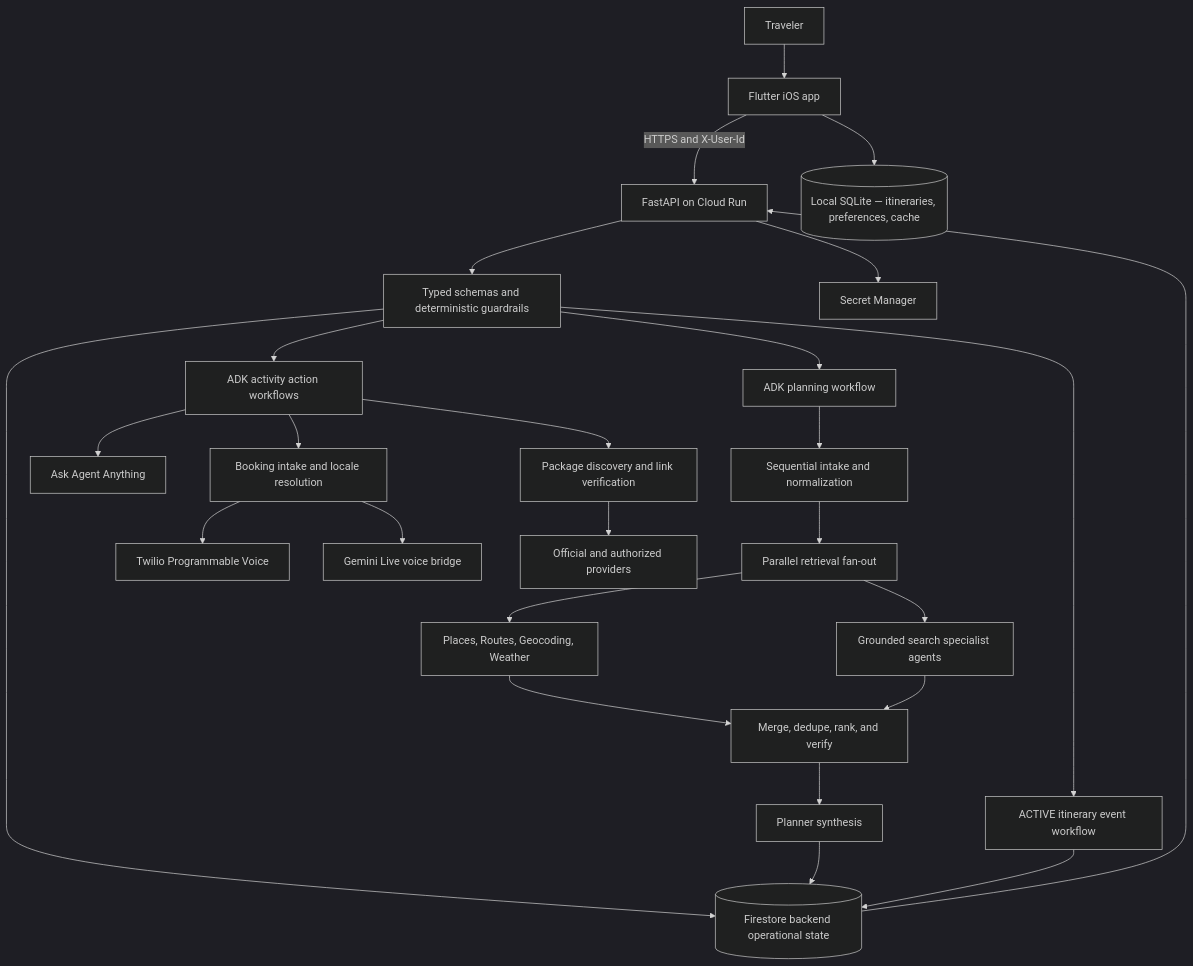
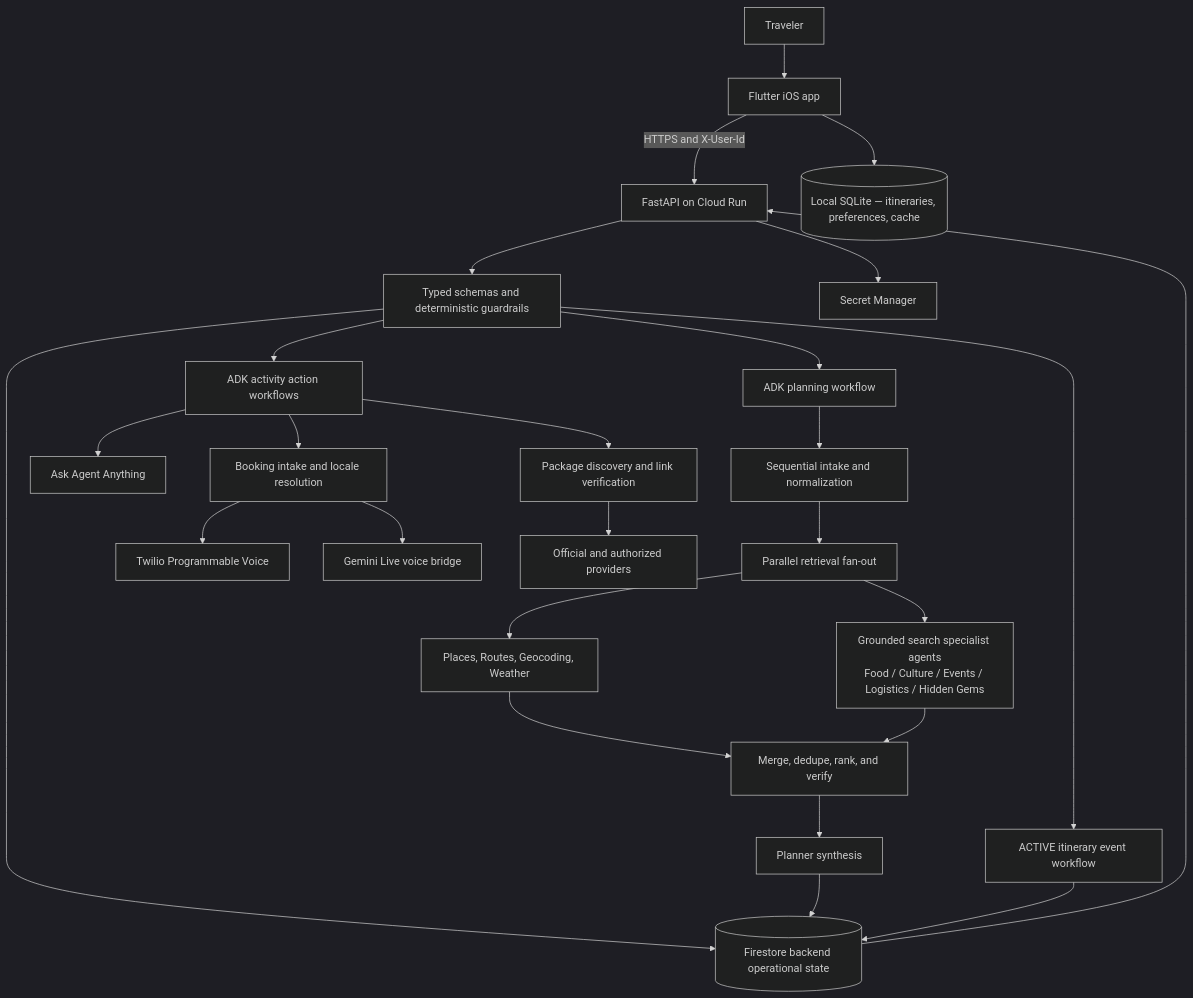
One commit to Tyruxx/wanderlust-project changed the first of 2 diagrams in README.md. Above: the diagram before and after it, drawn with Mermaid (dark theme). The commit also changed other lines of this file, not shown here.

Commit message:
docs: list the 5 ParallelAgent specialists in both mermaid diagrams

````diff
--- a/README.md
+++ b/README.md
@@ -55,34 +55,34 @@
 ```mermaid
 flowchart TB
     User[Traveler] --> Flutter[Flutter iOS app]
     Flutter -->|HTTPS and X-User-Id| API[FastAPI on Cloud Run]
 
     API --> Guards[Typed schemas and deterministic guardrails]
     Guards --> Planner[ADK planning workflow]
     Guards --> Actions[ADK activity action workflows]
     Guards --> Active[ACTIVE itinerary event workflow]
 
     Planner --> Intake[Sequential intake and normalization]
     Intake --> Retrieval[Parallel retrieval fan-out]
     Retrieval --> Maps[Places, Routes, Geocoding, Weather]
-    Retrieval --> Search[Grounded search specialist agents]
+    Retrieval --> Search[Grounded search specialist agents<br/>Food / Culture / Events / Logistics / Hidden Gems]
     Maps --> Verify[Merge, dedupe, rank, and verify]
     Search --> Verify
     Verify --> Synthesis[Planner synthesis]
 
     Actions --> Ask[Ask Agent Anything]
     Actions --> Packages[Package discovery and link verification]
     Actions --> Booking[Booking intake and locale resolution]
 
     Booking --> Twilio[Twilio Programmable Voice]
     Booking --> Live[Gemini Live voice bridge]
     Packages --> Providers[Official and authorized providers]
 
     Guards --> Firestore[(Firestore backend operational state)]
     Synthesis --> Firestore
     Active --> Firestore
     Firestore --> API
 
     API --> Secrets[Secret Manager]
     Flutter --> Local[(Local SQLite — itineraries, preferences, cache)]
 ```
````
